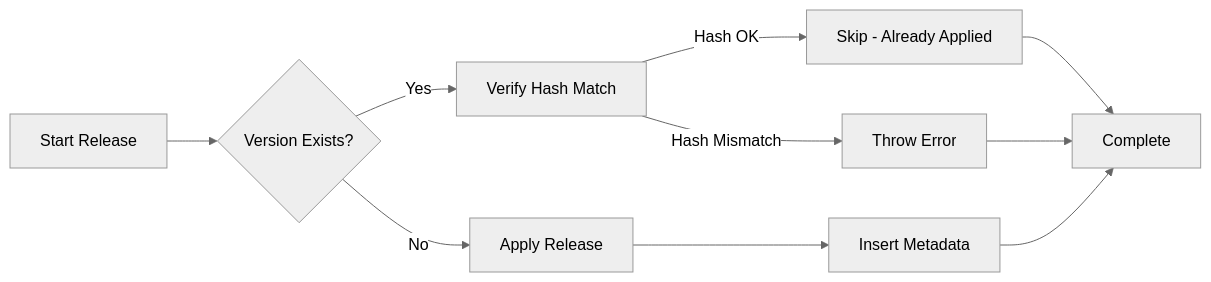
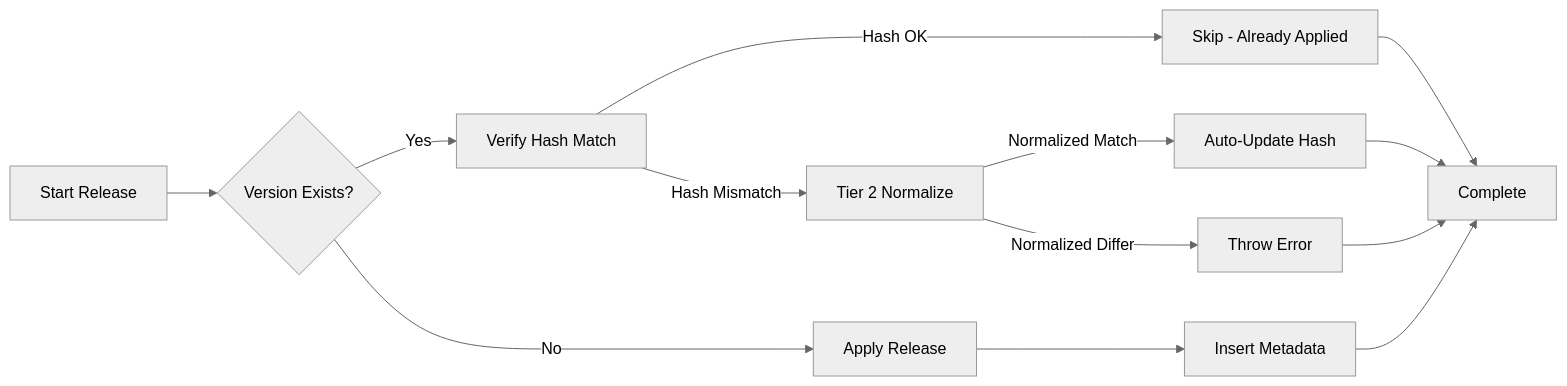
Diagram 14 of 14 in agent-docs/03-architecture/02-dataflow.md (wuchuheng/web-sqlite-js), drawn with Mermaid (neutral theme) before and after one commit. The commit also changed other lines of this file and 52 other files, not shown here.

First line of the commit message:
feat(release): implement two-tier SQL validation for hash mismatch detection

````diff
--- a/agent-docs/03-architecture/02-dataflow.md
+++ b/agent-docs/03-architecture/02-dataflow.md
@@ -568,12 +697,15 @@
 ```mermaid
 flowchart LR
     A[Start Release] --> B{Version Exists?}
     B -->|Yes| C[Verify Hash Match]
     B -->|No| D[Apply Release]
     C -->|Hash OK| E[Skip - Already Applied]
-    C -->|Hash Mismatch| F[Throw Error]
-    D --> G[Insert Metadata]
-    E --> H[Complete]
-    F --> H
-    G --> H
+    C -->|Hash Mismatch| F[Tier 2 Normalize]
+    F -->|Normalized Match| G[Auto-Update Hash]
+    F -->|Normalized Differ| H[Throw Error]
+    D --> I[Insert Metadata]
+    E --> J[Complete]
+    G --> J
+    H --> J
+    I --> J
 ```
````
